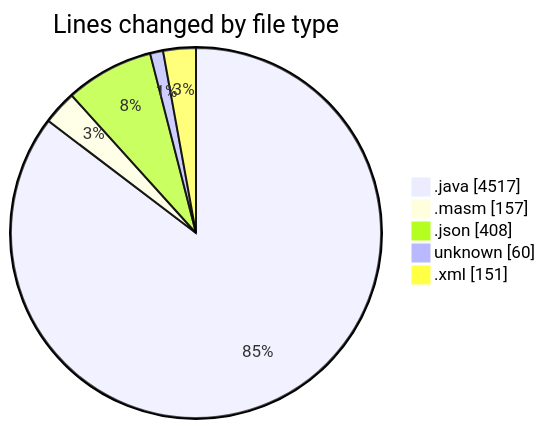
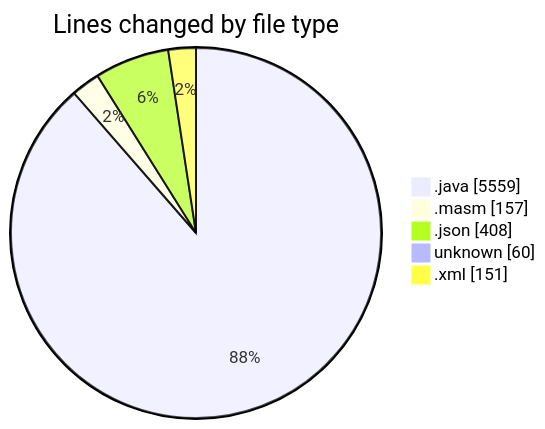
The first of 2 diagrams in 2025-02-19/masm/README.md (charlie-sans/code-tracking), drawn with Mermaid before and after one commit. The commit also changed other lines of this file and 1 other file, not shown here.

````diff
--- a/2025-02-19/masm/README.md
+++ b/2025-02-19/masm/README.md
@@ -42,9 +42,9 @@
 ```mermaid
 pie showData
 title Lines changed by file type
-".java" : 4517
+".java" : 5559
 ".masm" : 157
 ".json" : 408
 "unknown" : 60
 ".xml" : 151
 ```
````
